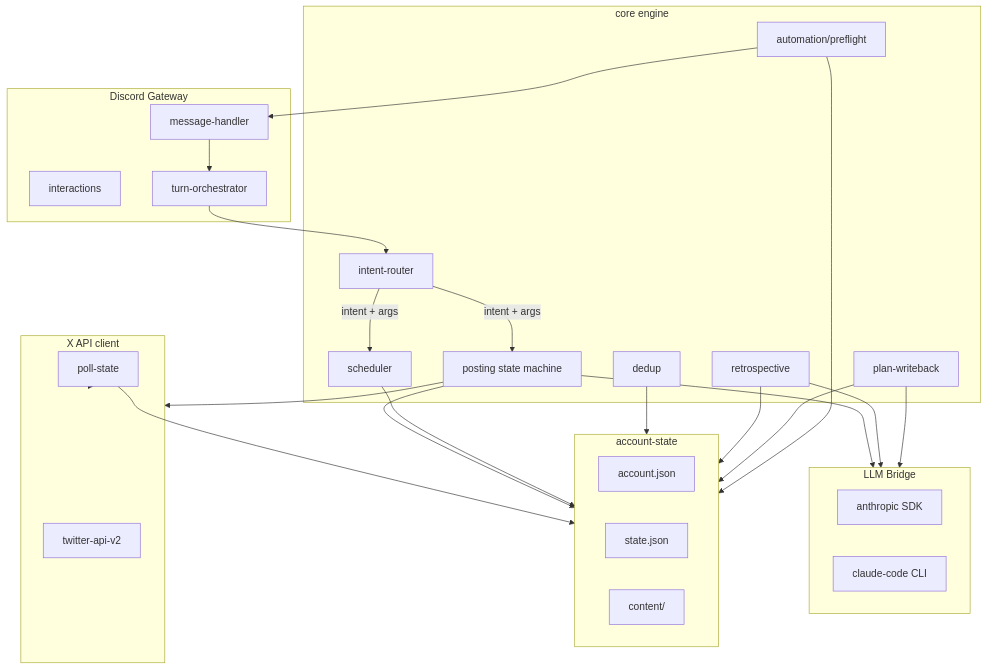
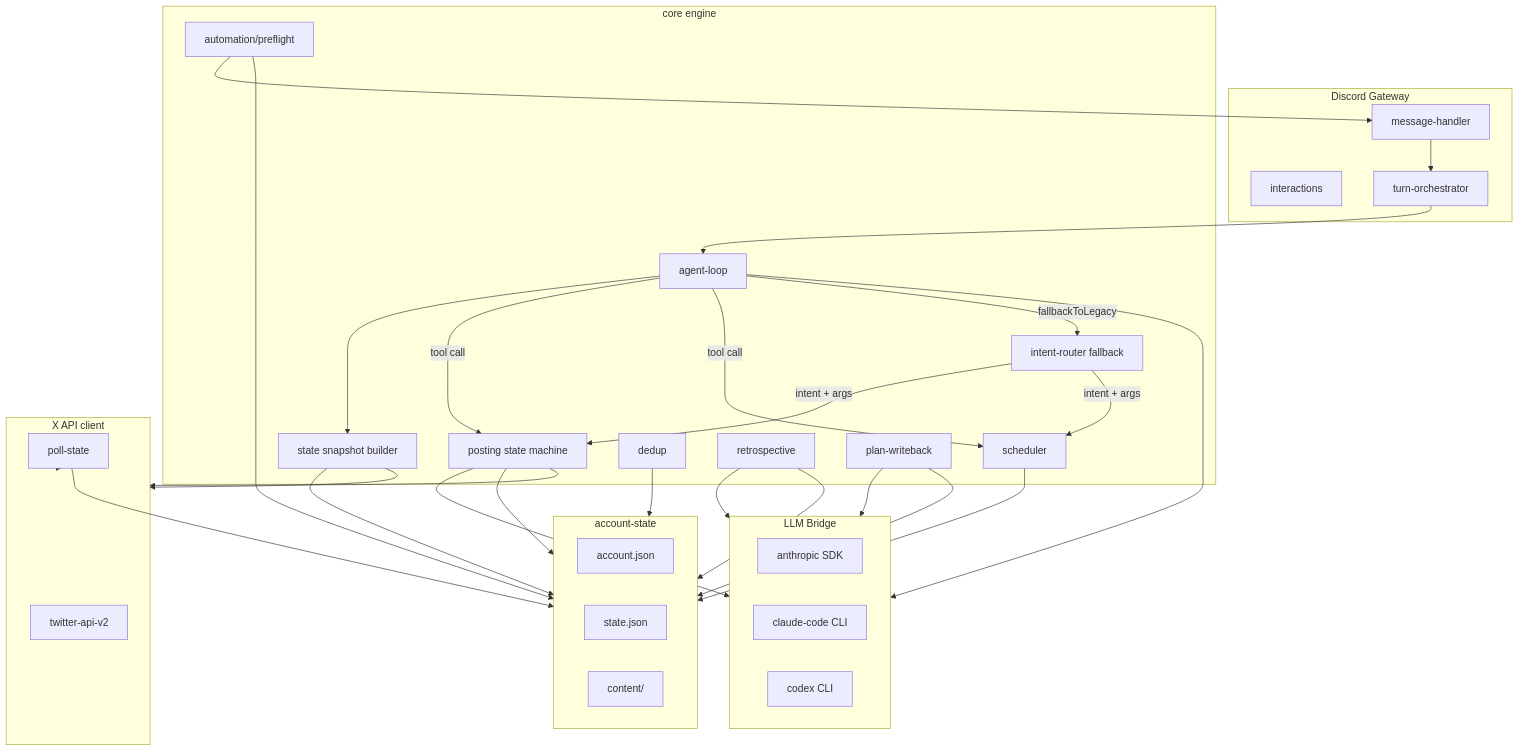
The first of 4 diagrams in docs/developer/00-architecture.md (zumizumi-3/mex-next), drawn with Mermaid before and after one commit. The commit also changed other lines of this file and 20 other files, not shown here.

````diff
--- a/docs/developer/00-architecture.md
+++ b/docs/developer/00-architecture.md
@@ -11,48 +11,58 @@
 ```mermaid
 flowchart TB
     subgraph Discord [Discord Gateway]
         DM[message-handler]
         IX[interactions]
         TM[turn-orchestrator]
     end
     subgraph Core [core engine]
-        IR[intent-router]
+        AL[agent-loop]
+        SS[state snapshot builder]
+        IR[intent-router fallback]
         PSM[posting state machine]
         SCH[scheduler]
         DDP[dedup]
         RS[retrospective]
         PWB[plan-writeback]
         AUTO[automation/preflight]
     end
     subgraph Bridge [LLM Bridge]
         ANT[anthropic SDK]
         CC[claude-code CLI]
+        CX[codex CLI]
     end
     subgraph Storage [account-state]
         AJ[account.json]
         SJ[state.json]
         CT[content/]
     end
     subgraph X [X API client]
         TC[twitter-api-v2]
         POL[poll-state]
     end
 
     DM --> TM
-    TM --> IR
+    TM --> AL
+    AL --> SS
+    AL -->|tool call| PSM
+    AL -->|tool call| SCH
+    AL -->|fallbackToLegacy| IR
     IR -->|intent + args| PSM
     IR -->|intent + args| SCH
     PSM --> Bridge
     PSM --> Storage
     SCH --> Storage
     POL --> X
     POL --> Storage
     DDP --> Storage
     RS --> Bridge
     RS --> Storage
     PWB --> Bridge
+    AL --> Bridge
     PWB --> Storage
     AUTO --> Storage
     AUTO --> DM
     PSM --> X
+    SS --> Storage
+    SS --> X
 ```
````
